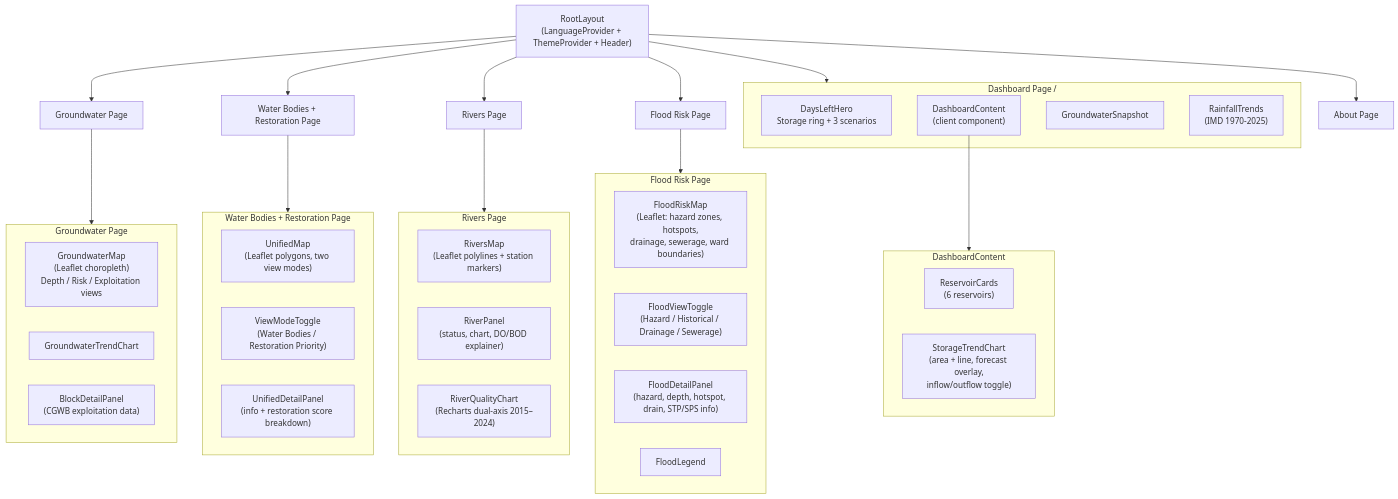
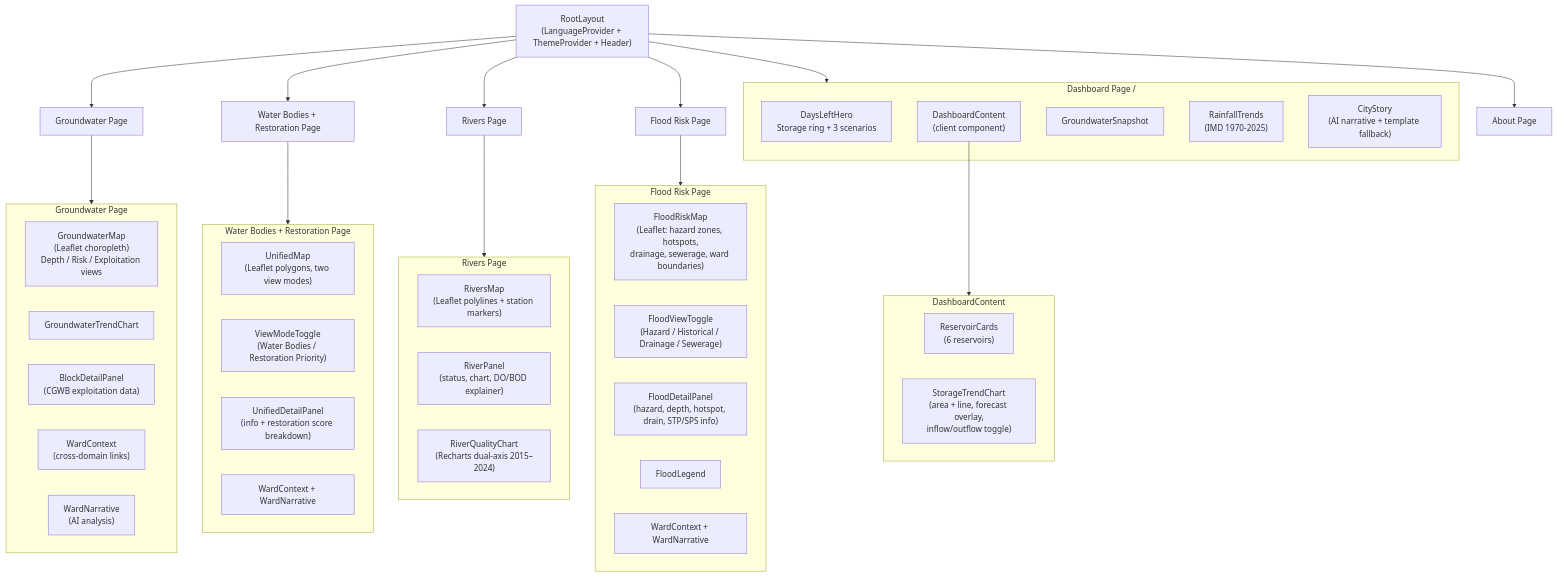
One commit to SundareshPrasanna/neer-vazhvu changed the fifth of 5 diagrams in ARCHITECTURE.md. Above: the diagram before and after it, drawn with Mermaid. The commit also changed other lines of this file and 28 other files, not shown here.

````diff
--- a/ARCHITECTURE.md
+++ b/ARCHITECTURE.md
@@ -298,58 +367,63 @@
 ```mermaid
 graph TD
     Layout["RootLayout<br/>(LanguageProvider + ThemeProvider + Header)"]
 
     Layout --> Dashboard
     Layout --> GW["Groundwater Page"]
     Layout --> WB["Water Bodies + Restoration Page"]
     Layout --> RV["Rivers Page"]
     Layout --> FR["Flood Risk Page"]
     Layout --> About["About Page"]
 
     subgraph Dashboard["Dashboard Page /"]
         DLH["DaysLeftHero<br/>Storage ring + 3 scenarios"]
         DC["DashboardContent<br/>(client component)"]
         GWS["GroundwaterSnapshot"]
         RT["RainfallTrends<br/>(IMD 1970-2025)"]
+        CS["CityStory<br/>(AI narrative + template fallback)"]
     end
 
     subgraph DC_Children["DashboardContent"]
         RC["ReservoirCards<br/>(6 reservoirs)"]
         STC["StorageTrendChart<br/>(area + line, forecast overlay,<br/>inflow/outflow toggle)"]
     end
 
     DC --> DC_Children
 
     subgraph GW_Children["Groundwater Page"]
         GM["GroundwaterMap<br/>(Leaflet choropleth)<br/>Depth / Risk / Exploitation views"]
         GT["GroundwaterTrendChart"]
         BDP["BlockDetailPanel<br/>(CGWB exploitation data)"]
+        WC["WardContext<br/>(cross-domain links)"]
+        WN["WardNarrative<br/>(AI analysis)"]
     end
 
     GW --> GW_Children
 
     subgraph RV_Children["Rivers Page"]
         RM["RiversMap<br/>(Leaflet polylines + station markers)"]
         RP["RiverPanel<br/>(status, chart, DO/BOD explainer)"]
         RQC["RiverQualityChart<br/>(Recharts dual-axis 2015–2024)"]
     end
 
     RV --> RV_Children
 
     subgraph WB_Children["Water Bodies + Restoration Page"]
         UM["UnifiedMap<br/>(Leaflet polygons, two view modes)"]
         VMT["ViewModeToggle<br/>(Water Bodies / Restoration Priority)"]
         UDP["UnifiedDetailPanel<br/>(info + restoration score breakdown)"]
+        UWC["WardContext + WardNarrative"]
     end
 
     WB --> WB_Children
 
     subgraph FR_Children["Flood Risk Page"]
         FRM["FloodRiskMap<br/>(Leaflet: hazard zones, hotspots,<br/>drainage, sewerage, ward boundaries)"]
         FVT["FloodViewToggle<br/>(Hazard / Historical / Drainage / Sewerage)"]
         FDP["FloodDetailPanel<br/>(hazard, depth, hotspot, drain, STP/SPS info)"]
         FLG["FloodLegend"]
+        FWC["WardContext + WardNarrative"]
     end
 
     FR --> FR_Children
 ```
````
